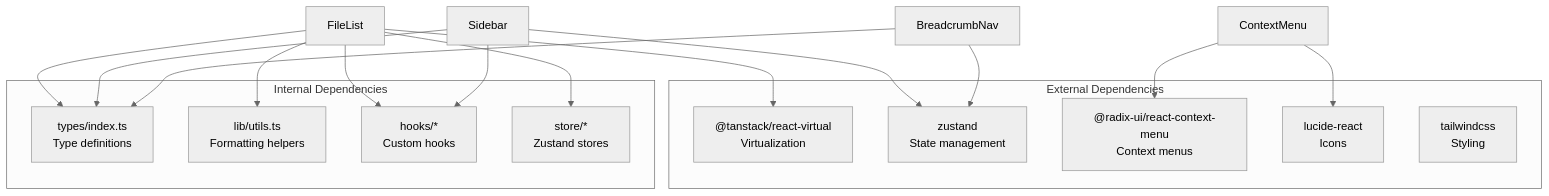
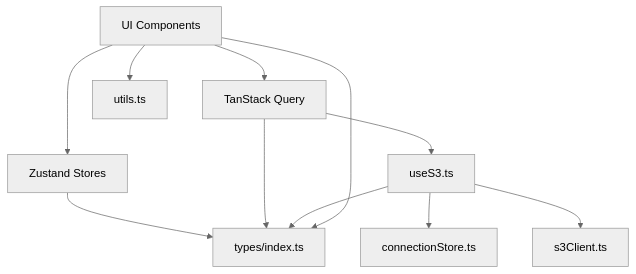
One commit to nasrulhadi/s3-explorer changed diagram 11 of 11 in .qoder/repowiki/en/content/Core Features/File Browser Interface.md. Above: the diagram before and after it, drawn with Mermaid (neutral theme). The commit also changed other lines of this file and 46 other files, not shown here.

Commit message:
Context menu (right-click), modal/popup add connections, regenerate wiki

````diff
--- a/.qoder/repowiki/en/content/Core Features/File Browser Interface.md
+++ b/.qoder/repowiki/en/content/Core Features/File Browser Interface.md
@@ -320,28 +447,13 @@
 ```mermaid
 graph TB
-subgraph "External Dependencies"
-TanStack["@tanstack/react-virtual<br/>Virtualization"]
-Zustand["zustand<br/>State management"]
-Radix["@radix-ui/react-context-menu<br/>Context menus"]
-Lucide["lucide-react<br/>Icons"]
-Tailwind["tailwindcss<br/>Styling"]
-end
-subgraph "Internal Dependencies"
-Types["types/index.ts<br/>Type definitions"]
-Utils["lib/utils.ts<br/>Formatting helpers"]
-Hooks["hooks/*<br/>Custom hooks"]
-Stores["store/*<br/>Zustand stores"]
-end
-FileList --> TanStack
-FileList --> Utils
-FileList --> Hooks
-FileList --> Stores
-FileList --> Types
-Sidebar --> Zustand
-Sidebar --> Hooks
-Sidebar --> Types
-BreadcrumbNav --> Zustand
-BreadcrumbNav --> Types
-ContextMenu --> Radix
-ContextMenu --> Lucide
+UI["UI Components"] --> ZS["Zustand Stores"]
+UI --> TQ["TanStack Query"]
+TQ --> US3["useS3.ts"]
+US3 --> CS["connectionStore.ts"]
+US3 --> SC["s3Client.ts"]
+UI --> UT["utils.ts"]
+ZS --> TY["types/index.ts"]
+TQ --> TY
+US3 --> TY
+UI --> TY
 ```
````
